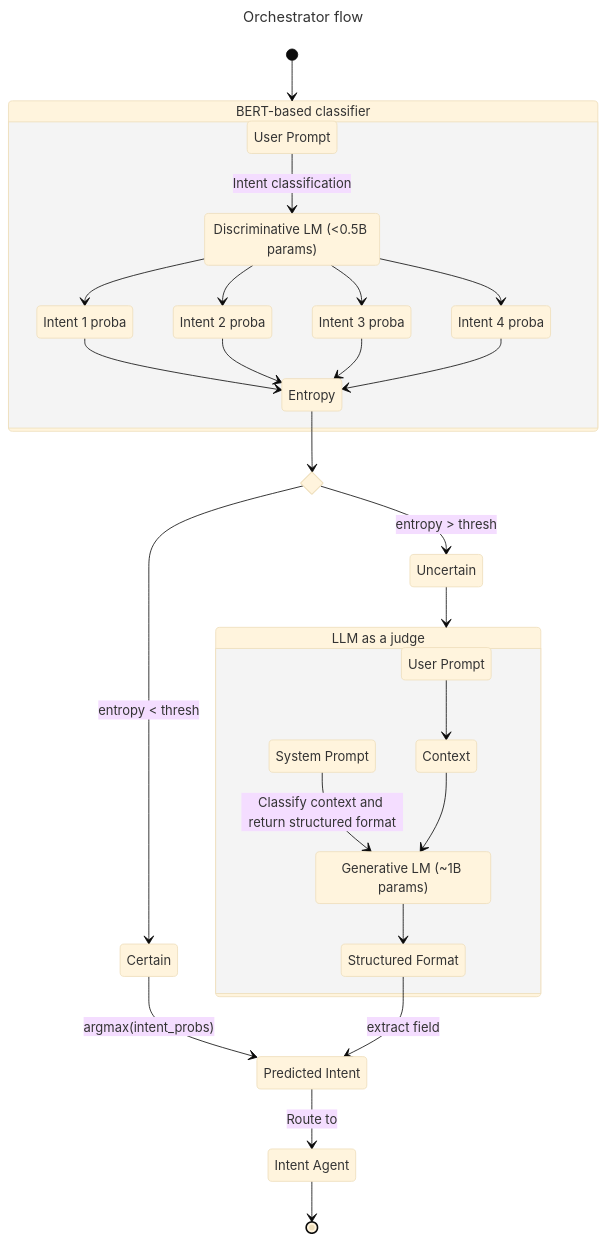
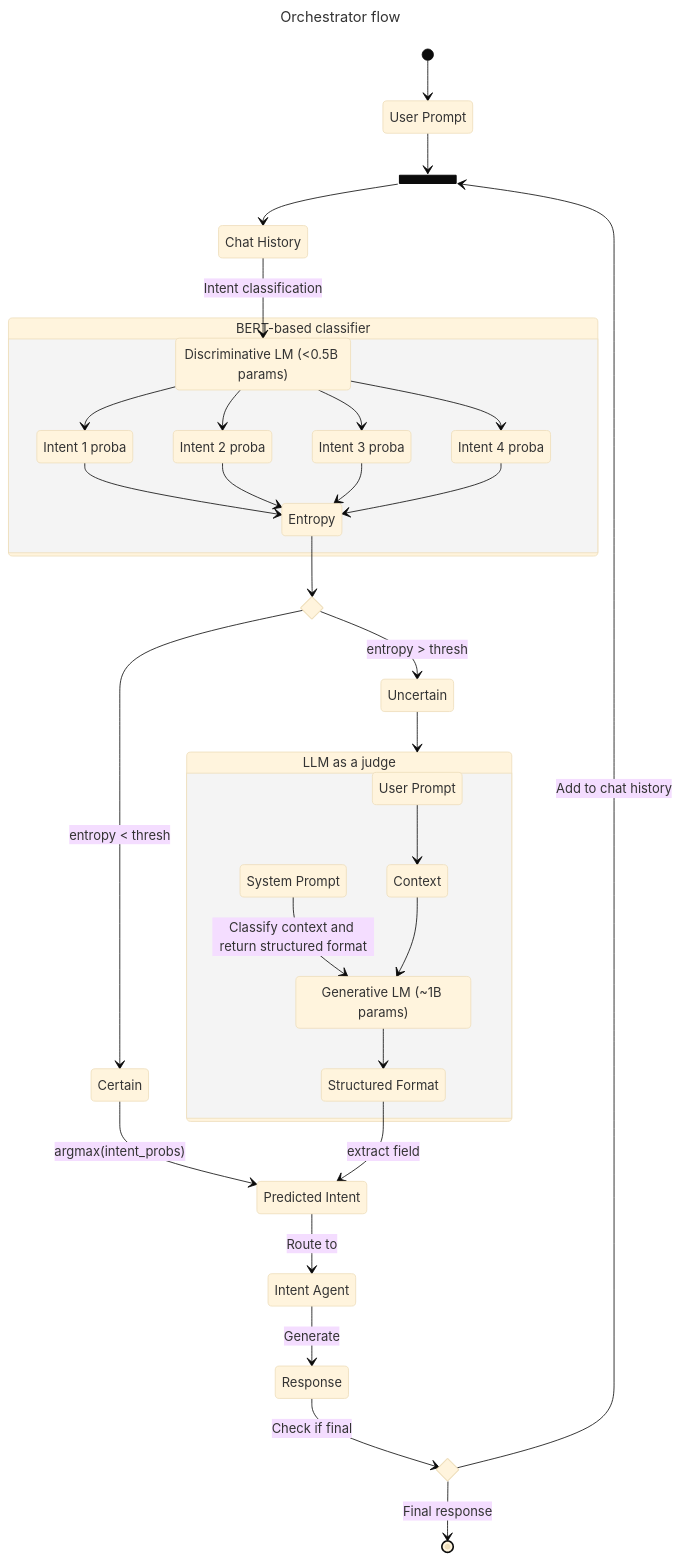
One commit to mnechita-mgma/maestro-research changed the diagram in docs/orchestrator_sketch.mmd. Above: the diagram before and after it, drawn with Mermaid (base theme).

Commit message:
update sketch

```diff
--- a/docs/orchestrator_sketch.mmd
+++ b/docs/orchestrator_sketch.mmd
@@ -1,52 +1,64 @@
 ---
 title: Orchestrator flow
 ---
 stateDiagram-v2
-    [*] --> bert_clf
+    [*] --> usr_prmpt
     
     bert_clf: BERT-based classifier
+    usr_prmpt: User Prompt
+
+    state chat_join <<join>>
+    usr_prmpt --> chat_join
+
+    chat_history: Chat History
+    chat_join --> chat_history
+    chat_history --> disc_lm: Intent classification
+    
     state bert_clf {
-        usr_prmpt: User Prompt
-        usr_prmpt --> disc_lm: Intent classification
         disc_lm: Discriminative LM (<0.5B params)
 
         i1_prob: Intent 1 proba
         i2_prob: Intent 2 proba
         i3_prob: Intent 3 proba
         i4_prob: Intent 4 proba
         disc_lm --> i1_prob
         disc_lm --> i2_prob
         disc_lm --> i3_prob
         disc_lm --> i4_prob
 
         i1_prob --> Entropy
         i2_prob --> Entropy
         i3_prob --> Entropy
         i4_prob --> Entropy
     }
 
-    state if_state <<choice>>
-    Entropy --> if_state
+    state entroy_if <<choice>>
+    Entropy --> entroy_if
 
-    if_state --> Certain: entropy < thresh
+    entroy_if --> Certain: entropy < thresh
     i_pred: Predicted Intent
     Certain --> i_pred: argmax(intent_probs)
 
-    if_state --> Uncertain: entropy > thresh
+    entroy_if --> Uncertain: entropy > thresh
     llm_as_judge: LLM as a judge
     Uncertain --> llm_as_judge
     state llm_as_judge {
         usr_prmpt2: User Prompt
         gen_lm: Generative LM (~1B params)
         sys_prmpt: System Prompt
         sys_prmpt --> gen_lm : Classify context and return structured format
         usr_prmpt2 --> Context
         Context --> gen_lm
         structured_format: Structured Format 
         gen_lm --> structured_format
 
     }
     structured_format --> i_pred: extract field
     i_agent: Intent Agent
     i_pred --> i_agent: Route to
-    i_agent --> [*]
+    i_agent --> Response: Generate
+
+    state response_if <<choice>>
+    Response --> response_if: Check if final
+    response_if --> chat_join: Add to chat history
+    response_if --> [*]: Final response
```
